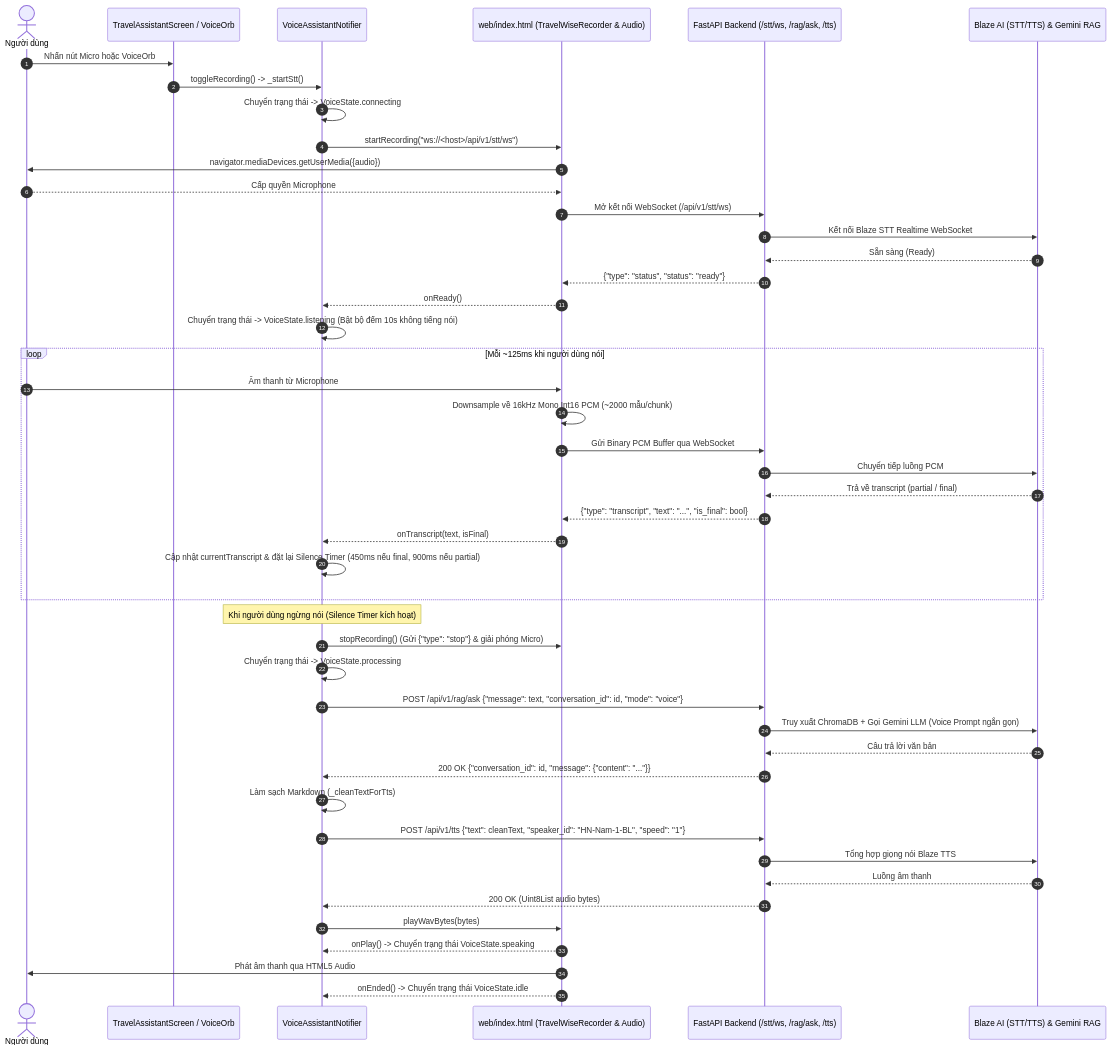
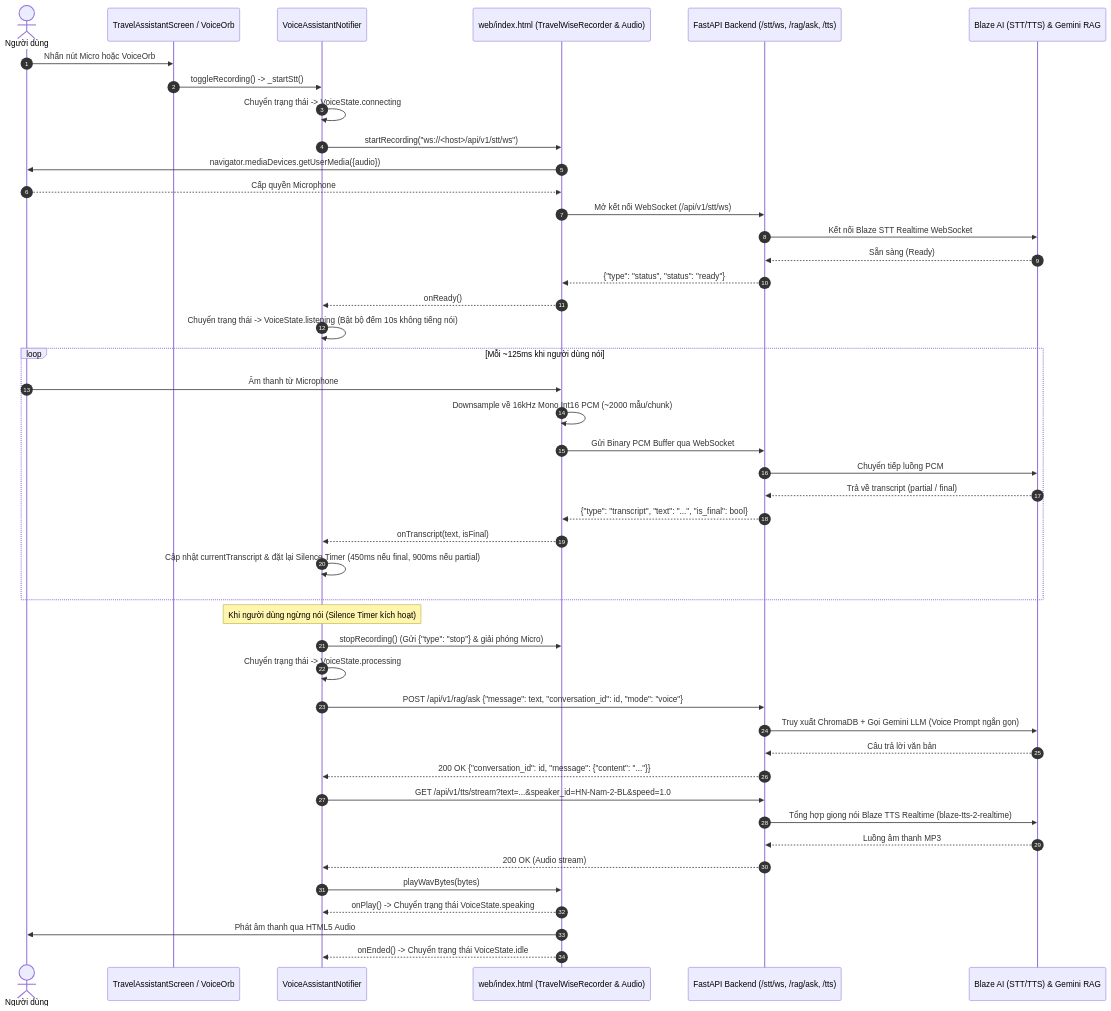
One commit to thaibao-15/TravelWise changed the second of 3 diagrams in apps/mobile/README.md. Above: the diagram before and after it, drawn with Mermaid. The commit also changed 16 other files, not shown here.

Commit message:
add tts realtime new

````diff
--- a/apps/mobile/README.md
+++ b/apps/mobile/README.md
@@ -567,52 +567,51 @@
 ```mermaid
 sequenceDiagram
     autonumber
     actor User as Người dùng
     participant UI as TravelAssistantScreen / VoiceOrb
     participant Notifier as VoiceAssistantNotifier
     participant JS as web/index.html (TravelWiseRecorder & Audio)
     participant API as FastAPI Backend (/stt/ws, /rag/ask, /tts)
     participant AI as Blaze AI (STT/TTS) & Gemini RAG
 
     User->>UI: Nhấn nút Micro hoặc VoiceOrb
     UI->>Notifier: toggleRecording() -> _startStt()
     Notifier->>Notifier: Chuyển trạng thái -> VoiceState.connecting
     Notifier->>JS: startRecording("ws://<host>/api/v1/stt/ws")
     JS->>User: navigator.mediaDevices.getUserMedia({audio})
     User-->>JS: Cấp quyền Microphone
     JS->>API: Mở kết nối WebSocket (/api/v1/stt/ws)
     API->>AI: Kết nối Blaze STT Realtime WebSocket
     AI-->>API: Sẵn sàng (Ready)
     API-->>JS: {"type": "status", "status": "ready"}
     JS-->>Notifier: onReady()
     Notifier->>Notifier: Chuyển trạng thái -> VoiceState.listening (Bật bộ đếm 10s không tiếng nói)
 
     loop Mỗi ~125ms khi người dùng nói
         User->>JS: Âm thanh từ Microphone
         JS->>JS: Downsample về 16kHz Mono Int16 PCM (~2000 mẫu/chunk)
         JS->>API: Gửi Binary PCM Buffer qua WebSocket
         API->>AI: Chuyển tiếp luồng PCM
         AI-->>API: Trả về transcript (partial / final)
         API-->>JS: {"type": "transcript", "text": "...", "is_final": bool}
         JS-->>Notifier: onTranscript(text, isFinal)
         Notifier->>Notifier: Cập nhật currentTranscript & đặt lại Silence Timer (450ms nếu final, 900ms nếu partial)
     end
 
     Note over Notifier: Khi người dùng ngừng nói (Silence Timer kích hoạt)
     Notifier->>JS: stopRecording() (Gửi {"type": "stop"} & giải phóng Micro)
     Notifier->>Notifier: Chuyển trạng thái -> VoiceState.processing
     Notifier->>API: POST /api/v1/rag/ask {"message": text, "conversation_id": id, "mode": "voice"}
     API->>AI: Truy xuất ChromaDB + Gọi Gemini LLM (Voice Prompt ngắn gọn)
     AI-->>API: Câu trả lời văn bản
     API-->>Notifier: 200 OK {"conversation_id": id, "message": {"content": "..."}}
 
-    Notifier->>Notifier: Làm sạch Markdown (_cleanTextForTts)
-    Notifier->>API: POST /api/v1/tts {"text": cleanText, "speaker_id": "HN-Nam-1-BL", "speed": "1"}
-    API->>AI: Tổng hợp giọng nói Blaze TTS
-    AI-->>API: Luồng âm thanh
-    API-->>Notifier: 200 OK (Uint8List audio bytes)
+    Notifier->>API: GET /api/v1/tts/stream?text=...&speaker_id=HN-Nam-2-BL&speed=1.0
+    API->>AI: Tổng hợp giọng nói Blaze TTS Realtime (blaze-tts-2-realtime)
+    AI-->>API: Luồng âm thanh MP3
+    API-->>Notifier: 200 OK (Audio stream)
     Notifier->>JS: playWavBytes(bytes)
     JS-->>Notifier: onPlay() -> Chuyển trạng thái VoiceState.speaking
     JS->>User: Phát âm thanh qua HTML5 Audio
     JS-->>Notifier: onEnded() -> Chuyển trạng thái VoiceState.idle
 ```
````
